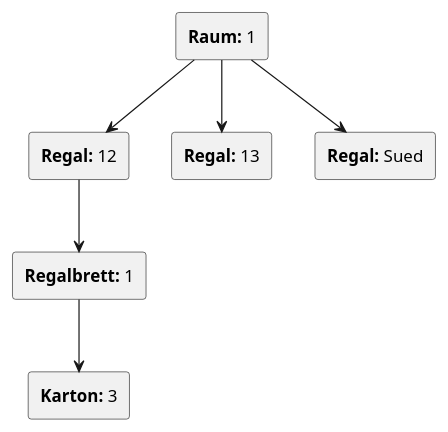
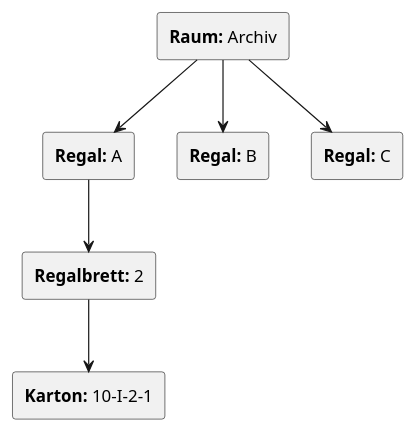
One commit to robertgruening/munins-archiv changed the third of 3 diagrams in doc/Benutzerhandbuch.md. Above: the diagram before and after it, drawn with PlantUML. The commit also changed other lines of this file and 5 other files, not shown here.

```diff
--- a/doc/Benutzerhandbuch.md
+++ b/doc/Benutzerhandbuch.md
@@ -177,13 +194,13 @@
 @startuml
-rectangle "**Raum:** 1" as raum1
-rectangle "**Regal:** 12" as regal12
-rectangle "**Regalbrett:** 1" as regalbrett1
-rectangle "**Karton:** 3" as karton3
-rectangle "**Regal:** 13" as regal13
-rectangle "**Regal:** Sued" as regalSued
-raum1 --> regal12
-regal12 --> regalbrett1
-regalbrett1 --> karton3
-raum1 --> regal13
-raum1 --> regalSued
+rectangle "**Raum:** Archiv" as raumArchiv
+rectangle "**Regal:** A" as regalA
+rectangle "**Regalbrett:** 2" as regalbrett2
+rectangle "**Karton:** 10-I-2-1" as karton10I21
+rectangle "**Regal:** B" as regal1B
+rectangle "**Regal:** C" as regalC
+raumArchiv --> regalA
+regalA --> regalbrett2
+regalbrett2 --> karton10I21
+raumArchiv --> regal1B
+raumArchiv --> regalC
 @enduml
```
